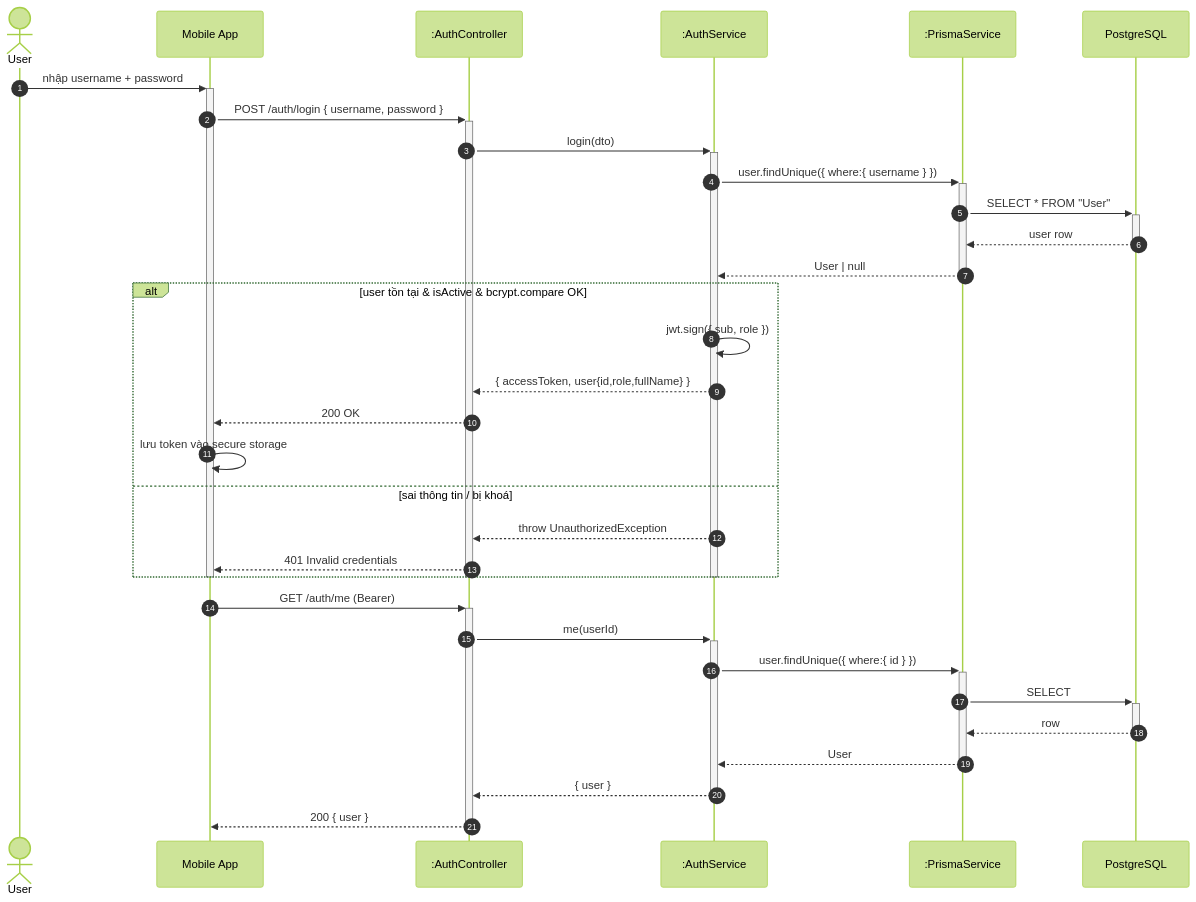
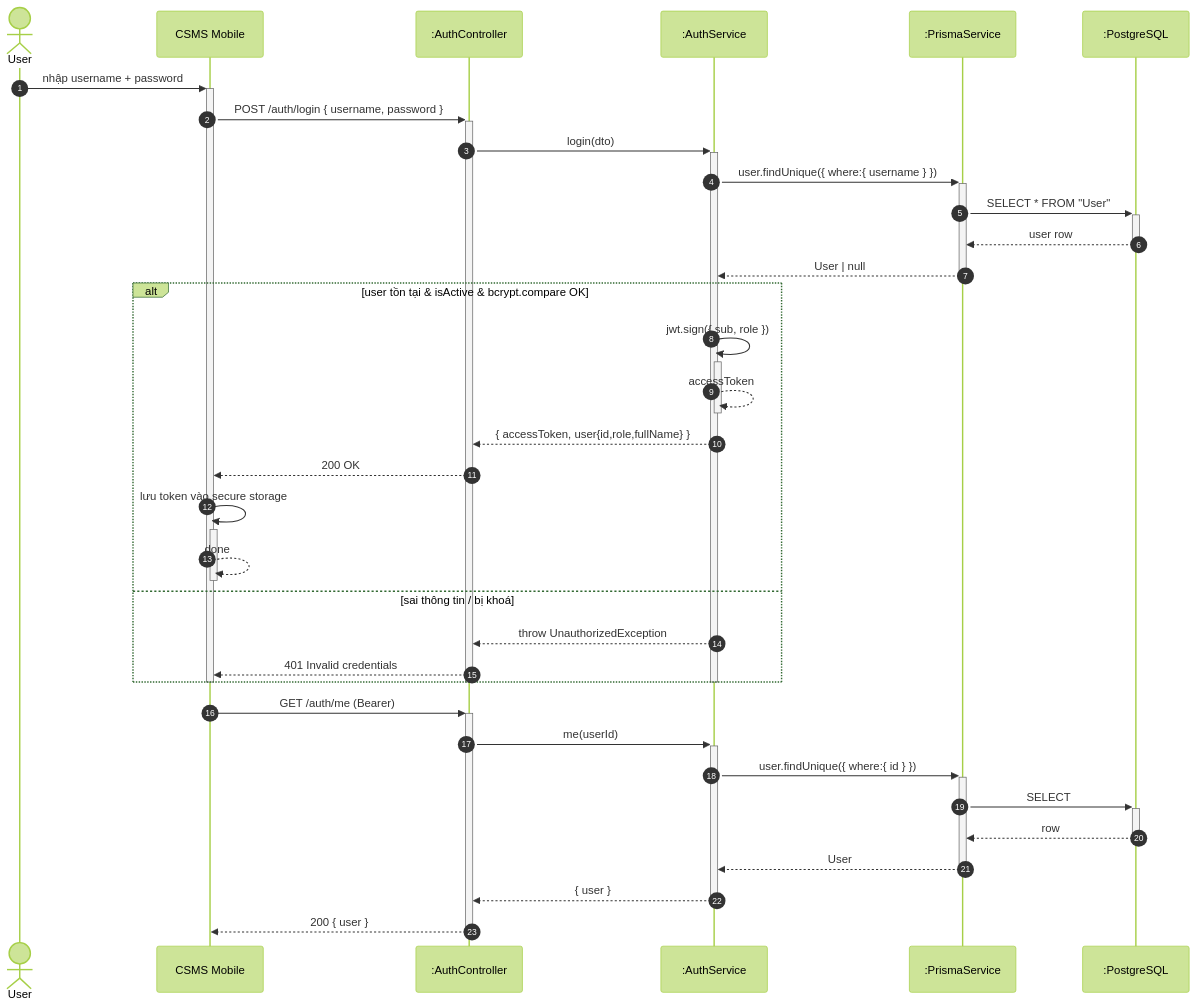
Before and after one commit to callmehai/Cafe-Shop-Management-System: the second of 17 diagrams in docs/sequence-diagrams.md, drawn with Mermaid (forest theme). The commit also changed other lines of this file, not shown here.

First line of the commit message:
docs: fix sequence diagram notation + add mobile-internal SD-00

````diff
--- a/docs/sequence-diagrams.md
+++ b/docs/sequence-diagrams.md
@@ -54,39 +99,41 @@
 ```mermaid
 sequenceDiagram
     autonumber
     actor U as User
-    participant App as Mobile App
+    participant App as CSMS Mobile
     participant API as :AuthController
     participant SVC as :AuthService
     participant ORM as :PrismaService
-    participant DB as PostgreSQL
+    participant DB as :PostgreSQL
 
     U->>+App: nhập username + password
     App->>+API: POST /auth/login { username, password }
     API->>+SVC: login(dto)
     SVC->>+ORM: user.findUnique({ where:{ username } })
     ORM->>+DB: SELECT * FROM "User"
     DB-->>-ORM: user row
     ORM-->>-SVC: User | null
     alt user tồn tại & isActive & bcrypt.compare OK
-        SVC->>SVC: jwt.sign({ sub, role })
+        SVC->>+SVC: jwt.sign({ sub, role })
+        SVC-->>-SVC: accessToken
         SVC-->>API: { accessToken, user{id,role,fullName} }
         API-->>App: 200 OK
-        App->>App: lưu token vào secure storage
+        App->>+App: lưu token vào secure storage
+        App-->>-App: done
     else sai thông tin / bị khoá
         SVC-->>API: throw UnauthorizedException
         API-->>App: 401 Invalid credentials
     end
     deactivate SVC
     deactivate API
     deactivate App
 
     App->>+API: GET /auth/me (Bearer)
     API->>+SVC: me(userId)
     SVC->>+ORM: user.findUnique({ where:{ id } })
     ORM->>+DB: SELECT
     DB-->>-ORM: row
     ORM-->>-SVC: User
     SVC-->>-API: { user }
     API-->>-App: 200 { user }
 ```
````
